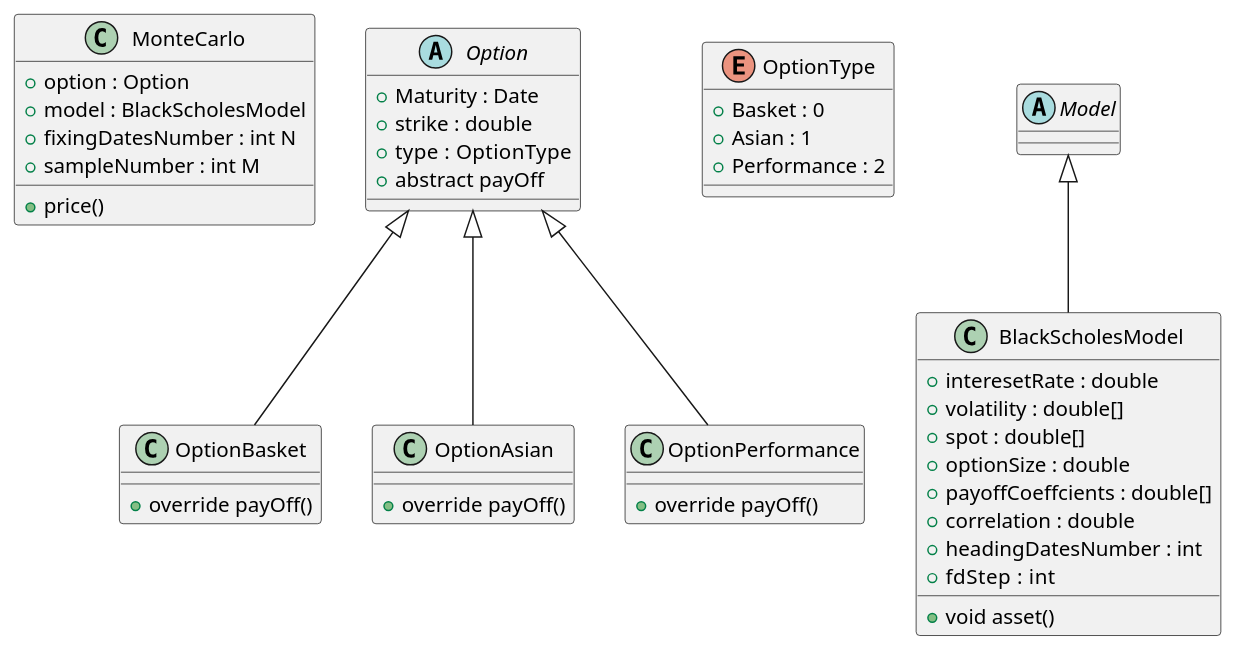
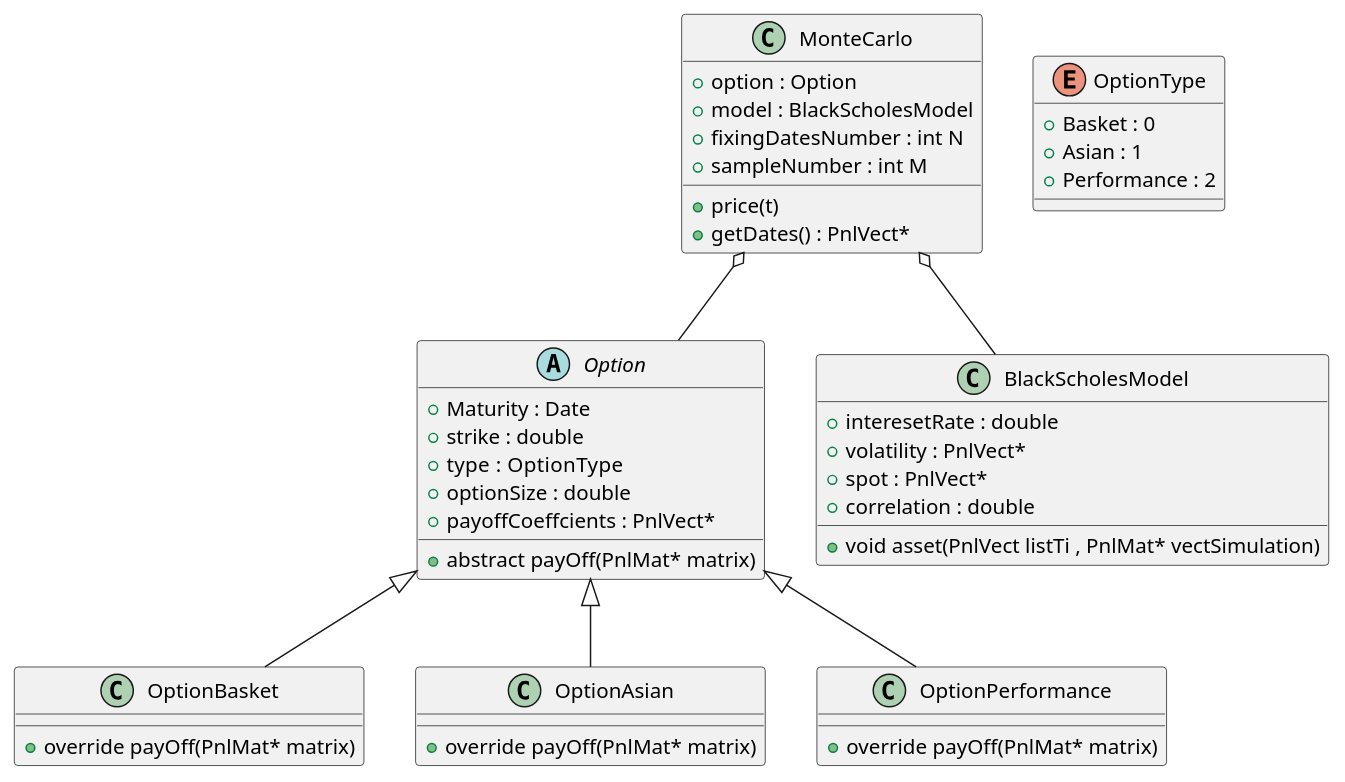
The diagram in ressources/conception/conception.puml (chrifmhm2/Derivatives-Hedging-Project), drawn with PlantUML before and after one commit. The commit also changed 1 other file, not shown here.

```diff
--- a/ressources/conception/conception.puml
+++ b/ressources/conception/conception.puml
@@ -1,63 +1,63 @@
 @startuml conception
 
 
 class MonteCarlo {
     + option : Option 
     + model : BlackScholesModel
     + fixingDatesNumber : int N
     + sampleNumber : int M
-    + price()
+    + price(t)
+    + getDates() : PnlVect* 
     
     
 }
 
 
 abstract class Option {
     + Maturity : Date 
     + strike : double 
-    + type :  OptionType 
-    + abstract payOff 
+    + type :  OptionType
+    + optionSize : double
+    + payoffCoeffcients : PnlVect*   
+    + abstract payOff(PnlMat* matrix) 
 }
 
 Enum OptionType {
     + Basket : 0 
     + Asian : 1 
     + Performance : 2
 }
 
 class OptionBasket {
-    + override payOff()
+    + override payOff(PnlMat* matrix)
 }
 
 class OptionAsian {
-    + override payOff()
+    + override payOff(PnlMat* matrix)
 }
 
 class OptionPerformance {
-    + override payOff()
+    + override payOff(PnlMat* matrix)
 }
 
 Option <|-- OptionBasket 
 Option <|-- OptionAsian 
 Option <|-- OptionPerformance 
 
 
-abstract class Model {
-
-}
 
 class BlackScholesModel {
     + interesetRate : double 
-    + volatility : double[]
-    + spot : double[]
-    + optionSize : double
-    + payoffCoeffcients : double[] 
+    + volatility : PnlVect* 
+    + spot : PnlVect*
     + correlation : double 
-    + headingDatesNumber : int 
-    + fdStep  : int 
-    + void asset()
+    + void asset(PnlVect listTi , PnlMat* vectSimulation)
 }
 
-Model <|-- BlackScholesModel
+
+MonteCarlo o-- Option 
+MonteCarlo o-- BlackScholesModel
+
+'Option -- OptionType
 
 @enduml 
```
